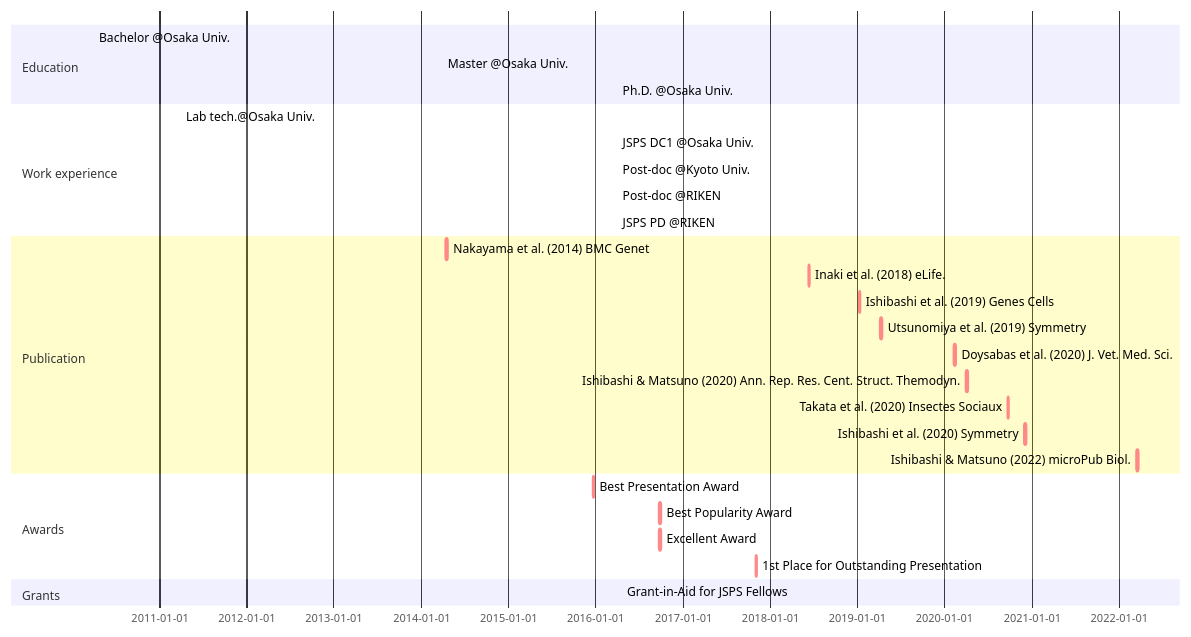
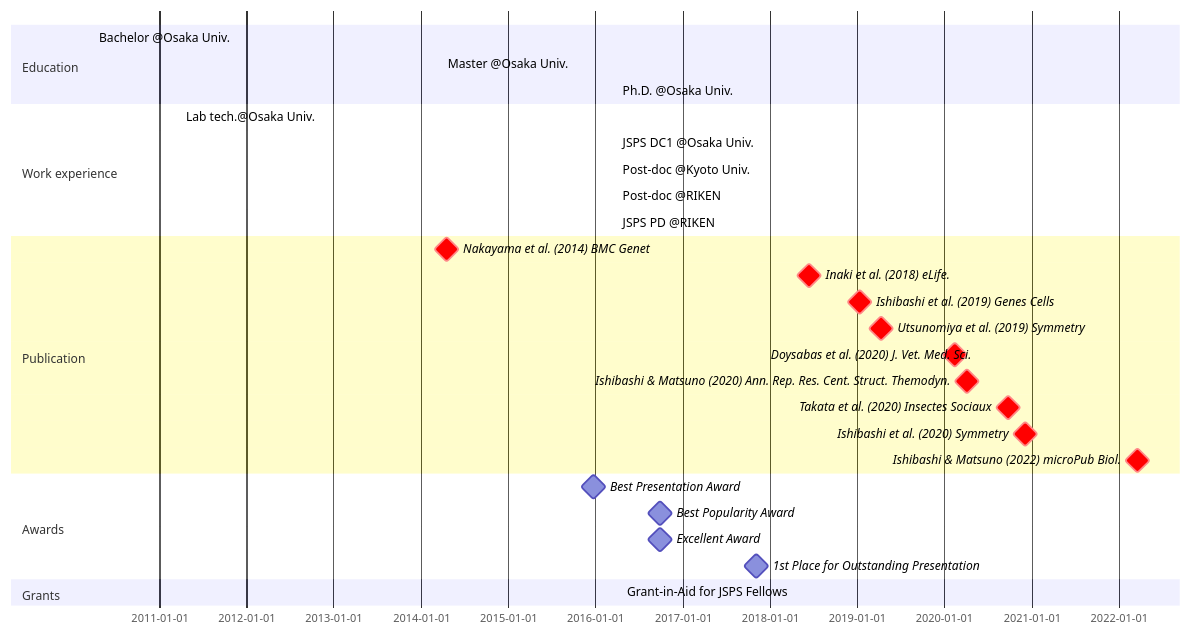
Before and after one commit to ishibaki/ishibaki.github.io: the diagram in _includes/mermaid-cv.md, drawn with Mermaid.

````diff
--- a/_includes/mermaid-cv.md
+++ b/_includes/mermaid-cv.md
@@ -1,30 +1,30 @@
 ```mermaid
 gantt
 section Education
   Bachelor @Osaka Univ. : BS, 2010-04-01, 2014-03-25
   Master @Osaka Univ.   : MS, 2014-04-01, 2016-03-28
   Ph.D. @Osaka Univ.    : Ph.D., 2016-04-01, 2019-03-25
 section Work experience
   Lab tech.@Osaka Univ.  : done, OU-tech, 2011-04-01, 2012-03-31
   JSPS DC1 @Osaka Univ.  : done, DC1, 2016-04-01, 2019-03-31
   Post-doc @Kyoto Univ.  : done, KU-postdoc, after DC1, 2021-04-30
   Post-doc @RIKEN        : done, RIKEN-postdoc, after KU-postdoc, 2022-03-31
   JSPS PD @RIKEN         : active, PD, after RIKEN-postdoc, 2025-03-31
 section Publication
-  Nakayama et al. (2014) BMC Genet          : crit, nakayama2014, 2014-04-16, 1w
-  Inaki et al. (2018) eLife.                : crit, inaki2018, 2018-06-12, 1w
-  Ishibashi et al. (2019) Genes Cells       : crit, ishibashi2019, 2019-01-09, 1w
-  Utsunomiya et al. (2019) Symmetry         : crit, utsunomiya2019, 2019-04-08, 1w
-  Doysabas et al. (2020) J. Vet. Med. Sci.  : crit, doysabas2020, 2020-02-12, 1w
-  Ishibashi & Matsuno (2020) Ann. Rep. Res. Cent. Struct. Themodyn. :crit, ishibashi2020a, 2020-04-01, 1w
-  Takata et al. (2020) Insectes Sociaux     : crit, takata2020, 2020-09-22, 1w
-  Ishibashi et al. (2020) Symmetry          : crit, ishibashi2020b, 2020-12-02, 1w
-  Ishibashi & Matsuno (2022) microPub Biol. :crit, ishibashi2022, 2022-03-18, 1w
+  Nakayama et al. (2014) BMC Genet          : crit, milestone, nakayama2014, 2014-04-16, 1w
+  Inaki et al. (2018) eLife.                : crit, milestone, inaki2018, 2018-06-12, 1w
+  Ishibashi et al. (2019) Genes Cells       : crit, milestone, ishibashi2019, 2019-01-09, 1w
+  Utsunomiya et al. (2019) Symmetry         : crit, milestone, utsunomiya2019, 2019-04-08, 1w
+  Doysabas et al. (2020) J. Vet. Med. Sci.  : crit, milestone, doysabas2020, 2020-02-12, 1w
+  Ishibashi & Matsuno (2020) Ann. Rep. Res. Cent. Struct. Themodyn. : crit, milestone, ishibashi2020a, 2020-04-01, 1w
+  Takata et al. (2020) Insectes Sociaux     : crit, milestone, takata2020, 2020-09-22, 1w
+  Ishibashi et al. (2020) Symmetry          : crit, milestone, ishibashi2020b, 2020-12-02, 1w
+  Ishibashi & Matsuno (2022) microPub Biol. : crit, milestone, ishibashi2022, 2022-03-18, 1w
 section Awards
-  Best Presentation Award                :crit, aw_1, 2015-12-20, 1w
-  Best Popularity Award                  :crit, aw_2, 2016-09-25, 1w
-  Excellent Award                        :crit, aw_3, 2016-09-25, 1w
-  1st Place for Outstanding Presentation :crit, aw_4, 2017-11-01, 1w
+  Best Presentation Award                :milestone, aw_1, 2015-12-20, 1w
+  Best Popularity Award                  :milestone, aw_2, 2016-09-25, 1w
+  Excellent Award                        :milestone, aw_3, 2016-09-25, 1w
+  1st Place for Outstanding Presentation :milestone, aw_4, 2017-11-01, 1w
 section Grants
   Grant-in-Aid for JSPS Fellows : done, grant_DC1, 2016-04-22, 2019-03-31
 ```
````
